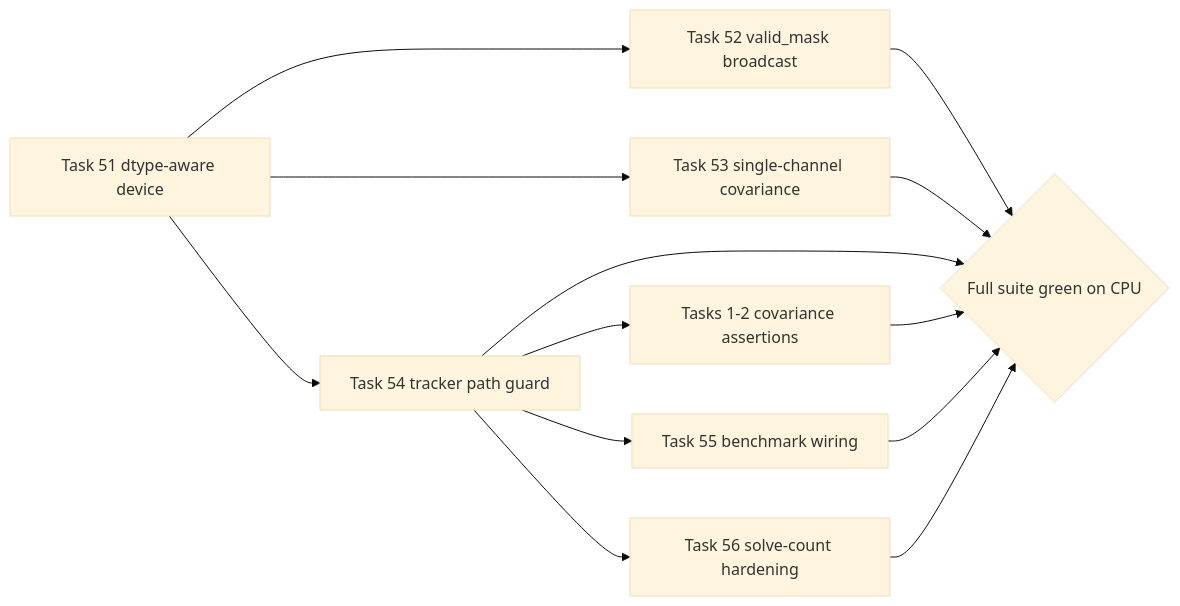
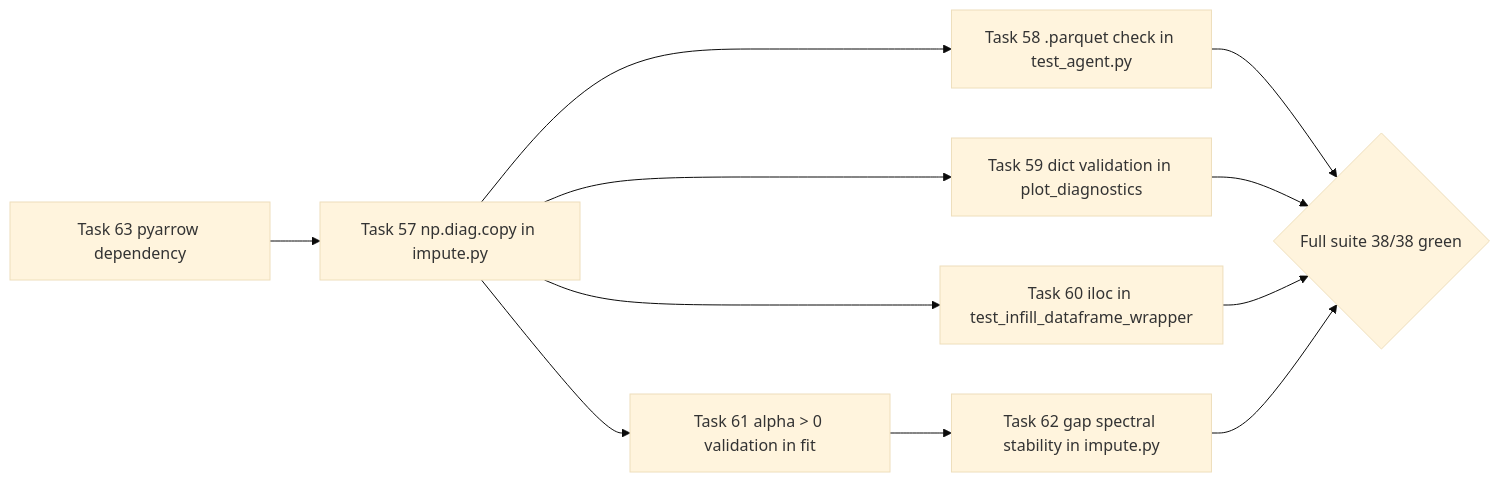
Before and after one commit to dataopsnick/nonuniform-fourier-infill: the second of 2 diagrams in PLAN.md, drawn with Mermaid (base theme). The commit also changed other lines of this file and 1 other file, not shown here.

````diff
--- a/PLAN.md
+++ b/PLAN.md
@@ -237,15 +202,13 @@
 ```mermaid
 graph LR
-    T51[Task 51 dtype-aware device] --> T52[Task 52 valid_mask broadcast]
-    T51 --> T53[Task 53 single-channel covariance]
-    T52 --> GATE{Full suite green on CPU}
-    T53 --> GATE
-    T51 --> T54[Task 54 tracker path guard]
-    T54 --> GATE
-    T54 --> T12[Tasks 1-2 covariance assertions]
-    T12 --> GATE
-    T54 --> T55[Task 55 benchmark wiring]
-    T55 --> GATE
-    T54 --> T56[Task 56 solve-count hardening]
-    T56 --> GATE
+    T63[Task 63 pyarrow dependency] --> T57[Task 57 np.diag.copy in impute.py]
+    T57 --> T58[Task 58 .parquet check in test_agent.py]
+    T57 --> T59[Task 59 dict validation in plot_diagnostics]
+    T57 --> T60[Task 60 iloc in test_infill_dataframe_wrapper]
+    T57 --> T61[Task 61 alpha > 0 validation in fit]
+    T61 --> T62[Task 62 gap spectral stability in impute.py]
+    T58 --> GATE{Full suite 38/38 green}
+    T59 --> GATE
+    T60 --> GATE
+    T62 --> GATE
 ```
````
